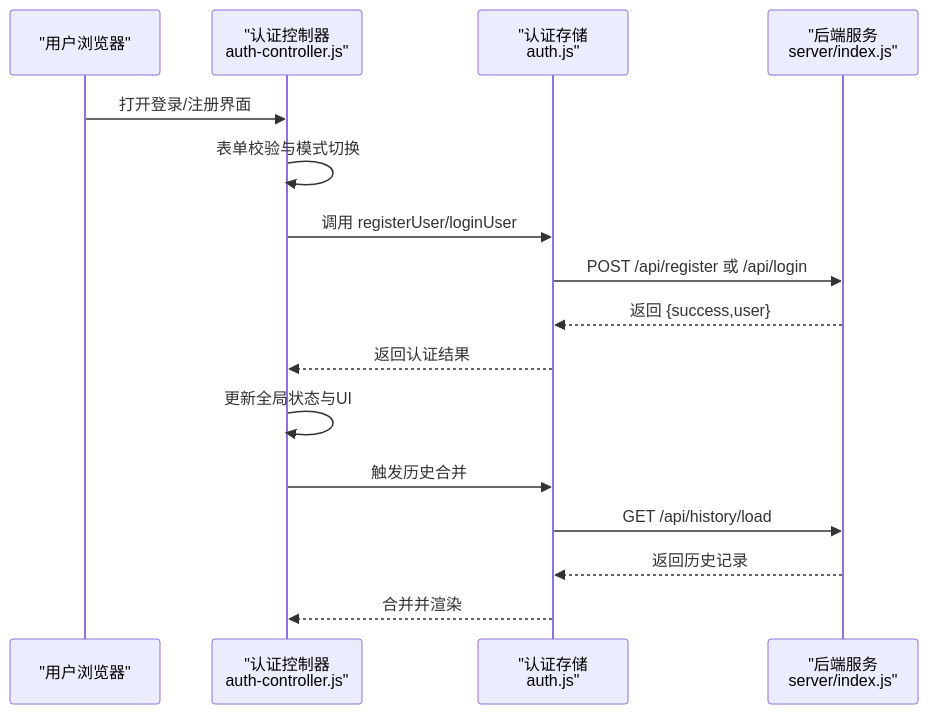
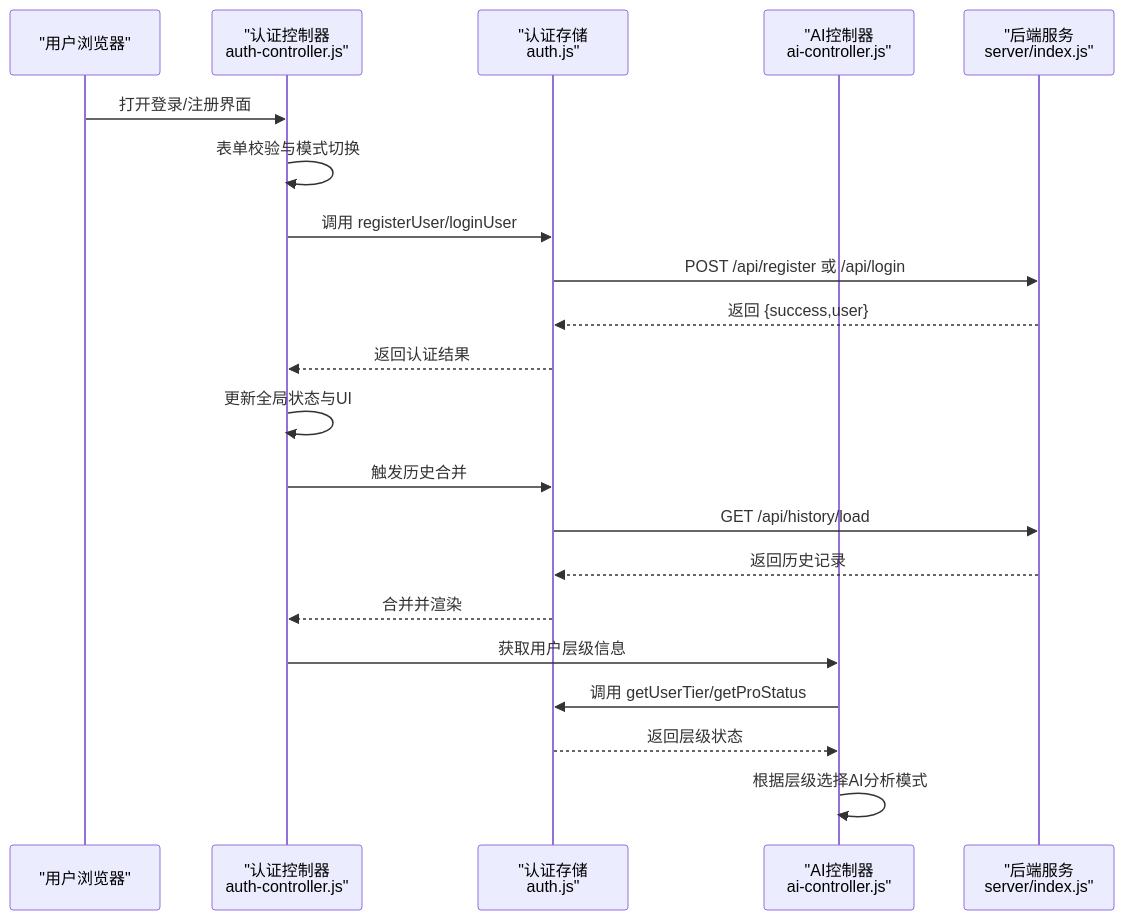
The second of 4 diagrams in .qoder/repowiki/zh/content/核心模块/认证系统.md (ghg618-ui/meihuayili-3.8), drawn with Mermaid before and after one commit. The commit also changed other lines of this file and 6 other files, not shown here.

````diff
--- a/.qoder/repowiki/zh/content/核心模块/认证系统.md
+++ b/.qoder/repowiki/zh/content/核心模块/认证系统.md
@@ -116,18 +141,23 @@
 ```mermaid
 sequenceDiagram
 participant U as "用户浏览器"
 participant C as "认证控制器<br/>auth-controller.js"
 participant S as "认证存储<br/>auth.js"
+participant AIC as "AI控制器<br/>ai-controller.js"
 participant B as "后端服务<br/>server/index.js"
 U->>C : 打开登录/注册界面
 C->>C : 表单校验与模式切换
 C->>S : 调用 registerUser/loginUser
 S->>B : POST /api/register 或 /api/login
 B-->>S : 返回 {success,user}
 S-->>C : 返回认证结果
 C->>C : 更新全局状态与UI
 C->>S : 触发历史合并
 S->>B : GET /api/history/load
 B-->>S : 返回历史记录
 S-->>C : 合并并渲染
+C->>AIC : 获取用户层级信息
+AIC->>S : 调用 getUserTier/getProStatus
+S-->>AIC : 返回层级状态
+AIC->>AIC : 根据层级选择AI分析模式
 ```
````
